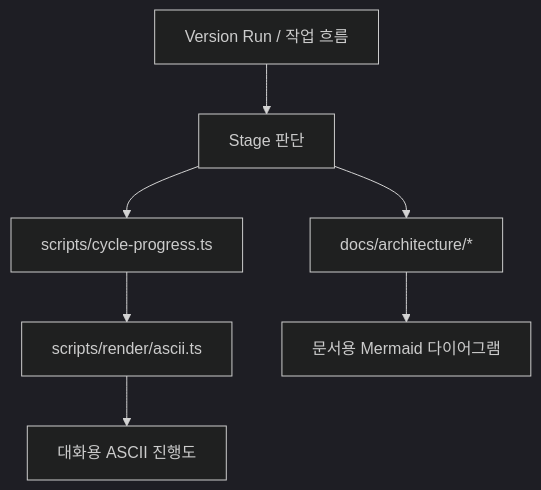
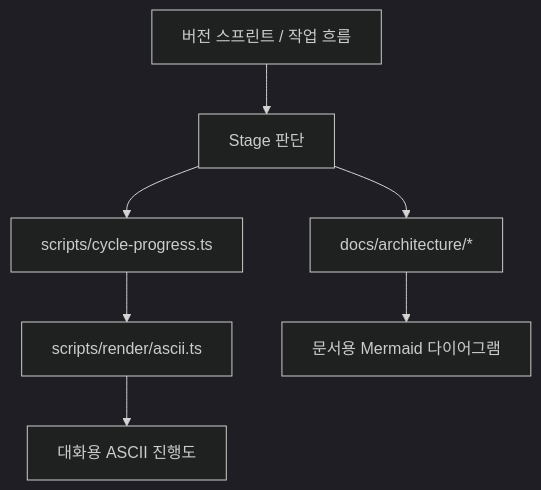
One commit to dongwonlee222/POKit changed the first of 2 diagrams in docs/architecture/11-visualization-and-incident-response.md. Above: the diagram before and after it, drawn with Mermaid (dark theme). The commit also changed 22 other files, not shown here.

First line of the commit message:
refactor: 명칭 변경 — Weekly Cycle → 위클리 서클, Version Run → 버전 스프린트

````diff
--- a/docs/architecture/11-visualization-and-incident-response.md
+++ b/docs/architecture/11-visualization-and-incident-response.md
@@ -9,9 +9,9 @@
 ```mermaid
 flowchart TD
-  A["Version Run / 작업 흐름"] --> B["Stage 판단"]
+  A["버전 스프린트 / 작업 흐름"] --> B["Stage 판단"]
   B --> C["scripts/cycle-progress.ts"]
   C --> D["scripts/render/ascii.ts"]
   D --> E["대화용 ASCII 진행도"]
   B --> F["docs/architecture/*"]
   F --> G["문서용 Mermaid 다이어그램"]
 ```
````
